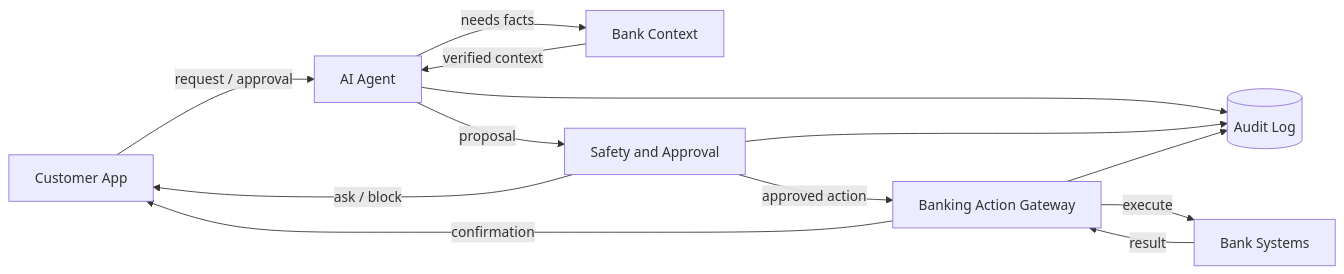
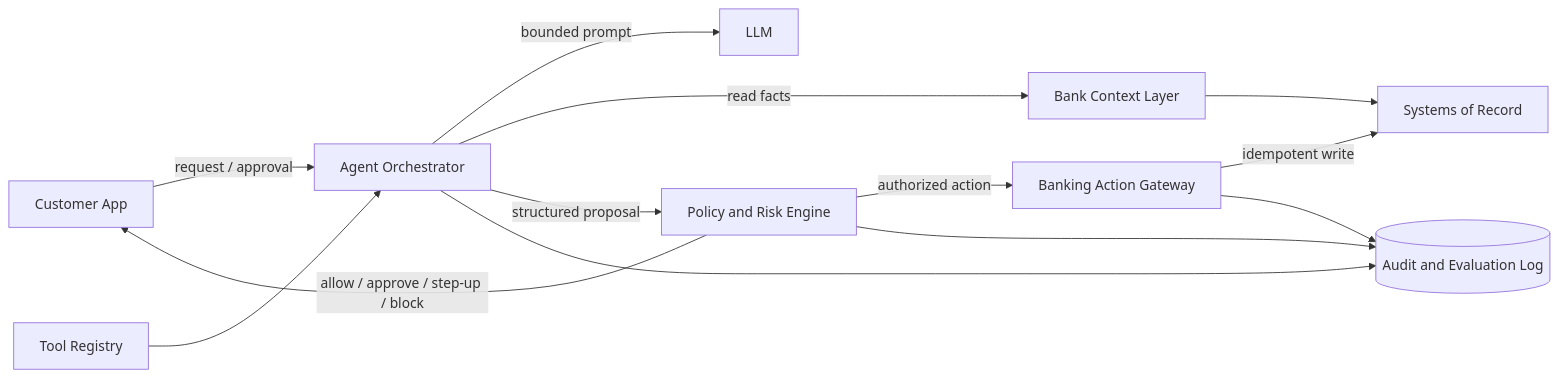
One commit to Blackhand01/enterprise-agentic-banking changed the first of 2 diagrams in docs/part_B-architecture_system_design.md. Above: the diagram before and after it, drawn with Mermaid. The commit also changed other lines of this file and 38 other files, not shown here.

````diff
--- a/docs/part_B-architecture_system_design.md
+++ b/docs/part_B-architecture_system_design.md
@@ -23,23 +11,25 @@
 ```mermaid
 flowchart LR
   UI[Customer App]
-  AGENT[AI Agent]
-  CONTEXT[Bank Context]
-  SAFETY[Safety and Approval]
-  ACTION[Banking Action Gateway]
-  BANK[Bank Systems]
-  AUDIT[(Audit Log)]
+  ORCH[Agent Orchestrator]
+  MODEL[LLM]
+  CONTEXT[Bank Context Layer]
+  POLICY[Policy and Risk Engine]
+  TOOLS[Tool Registry]
+  GATEWAY[Banking Action Gateway]
+  BANK[Systems of Record]
+  AUDIT[(Audit and Evaluation Log)]
 
-  UI -->|request / approval| AGENT
-  AGENT -->|needs facts| CONTEXT
-  CONTEXT -->|verified context| AGENT
-  AGENT -->|proposal| SAFETY
-  SAFETY -->|ask / block| UI
-  SAFETY -->|approved action| ACTION
-  ACTION -->|execute| BANK
-  BANK -->|result| ACTION
-  ACTION -->|confirmation| UI
-  AGENT --> AUDIT
-  SAFETY --> AUDIT
-  ACTION --> AUDIT
+  UI -->|request / approval| ORCH
+  ORCH -->|bounded prompt| MODEL
+  ORCH -->|read facts| CONTEXT
+  CONTEXT --> BANK
+  ORCH -->|structured proposal| POLICY
+  TOOLS --> ORCH
+  POLICY -->|allow / approve / step-up / block| UI
+  POLICY -->|authorized action| GATEWAY
+  GATEWAY -->|idempotent write| BANK
+  ORCH --> AUDIT
+  POLICY --> AUDIT
+  GATEWAY --> AUDIT
 ```
````
